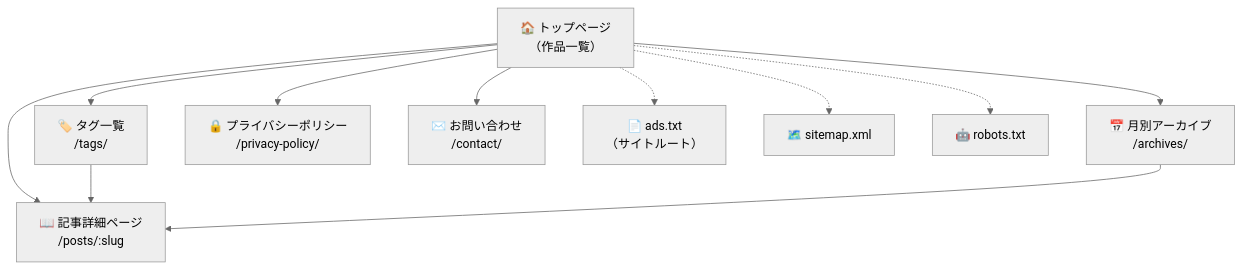
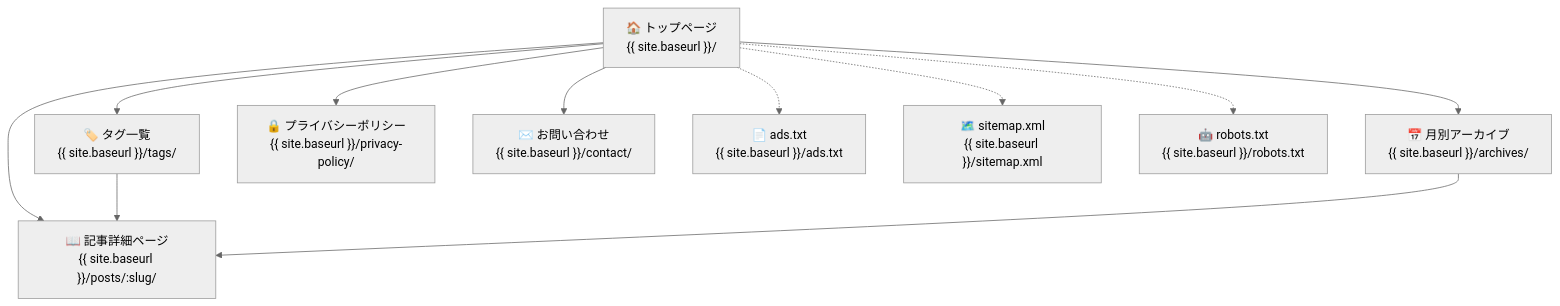
Before and after one commit to garyohosu/writer: the first of 9 diagrams in ui.md, drawn with Mermaid (neutral theme). The commit also changed other lines of this file and 2 other files, not shown here.

````diff
--- a/ui.md
+++ b/ui.md
@@ -11,24 +12,24 @@
 ```mermaid
 graph TD
-    TOP["🏠 トップページ\n（作品一覧）"]
-    ARTICLE["📖 記事詳細ページ\n/posts/:slug"]
-    TAG["🏷️ タグ一覧\n/tags/"]
-    ARCHIVE["📅 月別アーカイブ\n/archives/"]
-    PRIVACY["🔒 プライバシーポリシー\n/privacy-policy/"]
-    CONTACT["✉️ お問い合わせ\n/contact/"]
-    ADS["📄 ads.txt\n（サイトルート）"]
-    SITEMAP["🗺️ sitemap.xml"]
-    ROBOTS["🤖 robots.txt"]
+    TOP["🏠 トップページ\n{{ site.baseurl }}/"]
+    ARTICLE["📖 記事詳細ページ\n{{ site.baseurl }}/posts/:slug/"]
+    TAG["🏷️ タグ一覧\n{{ site.baseurl }}/tags/"]
+    ARCHIVE["📅 月別アーカイブ\n{{ site.baseurl }}/archives/"]
+    PRIVACY["🔒 プライバシーポリシー\n{{ site.baseurl }}/privacy-policy/"]
+    CONTACT["✉️ お問い合わせ\n{{ site.baseurl }}/contact/"]
+    ADS["📄 ads.txt\n{{ site.baseurl }}/ads.txt"]
+    SITEMAP["🗺️ sitemap.xml\n{{ site.baseurl }}/sitemap.xml"]
+    ROBOTS["🤖 robots.txt\n{{ site.baseurl }}/robots.txt"]
 
     TOP --> ARTICLE
     TOP --> TAG
     TOP --> ARCHIVE
     TOP --> PRIVACY
     TOP --> CONTACT
     TOP -.-> ADS
     TOP -.-> SITEMAP
     TOP -.-> ROBOTS
 
     TAG --> ARTICLE
     ARCHIVE --> ARTICLE
 ```
````
